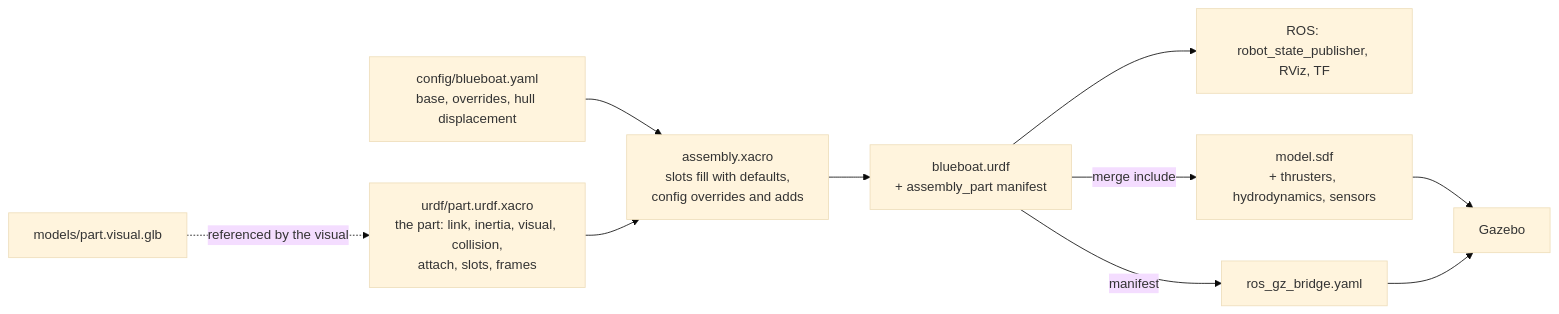
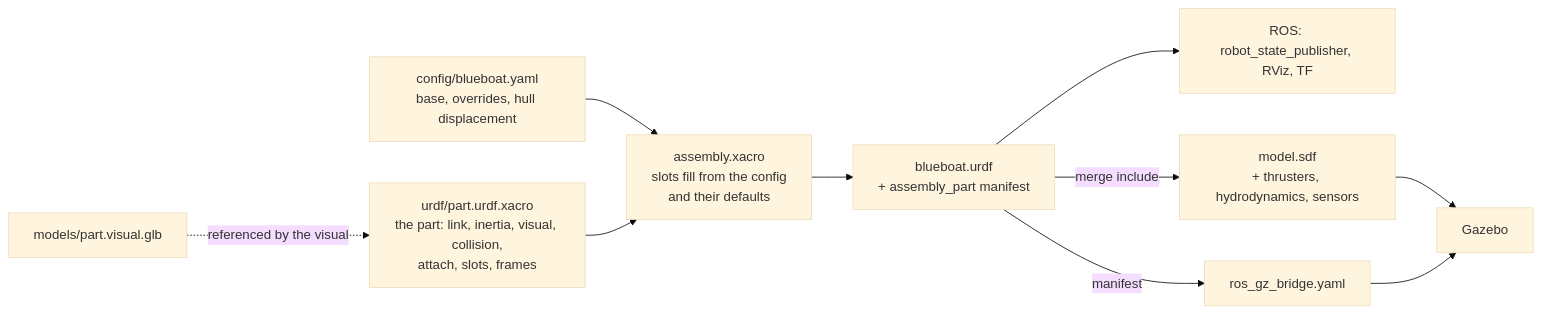
One commit to HonuRobotics/bluerobotics_models changed the diagram in docs/design/architecture.md. Above: the diagram before and after it, drawn with Mermaid (base theme). The commit also changed other lines of this file and 10 other files, not shown here.

````diff
--- a/docs/design/architecture.md
+++ b/docs/design/architecture.md
@@ -8,14 +8,14 @@
 ```{mermaid}
 flowchart LR
   GLB["models/part.visual.glb"]
   PART["urdf/part.urdf.xacro<br/>the part: link, inertia, visual, collision,<br/>attach, slots, frames"]
   GLB -. "referenced by the visual" .-> PART
-  CFG["config/blueboat.yaml<br/>base, overrides, hull displacement"] --> ASM["assembly.xacro<br/>slots fill with defaults,<br/>config overrides and adds"]
+  CFG["config/blueboat.yaml<br/>base, overrides, hull displacement"] --> ASM["assembly.xacro<br/>slots fill from the config<br/>and their defaults"]
   PART --> ASM
   ASM --> URDF["blueboat.urdf<br/>+ assembly_part manifest"]
   URDF --> ROS["ROS: robot_state_publisher, RViz, TF"]
   URDF -- "merge include" --> MODEL["model.sdf<br/>+ thrusters, hydrodynamics, sensors"]
   URDF -- "manifest" --> BRIDGE["ros_gz_bridge.yaml"]
   MODEL --> GZ["Gazebo"]
   BRIDGE --> GZ
 ```
````
